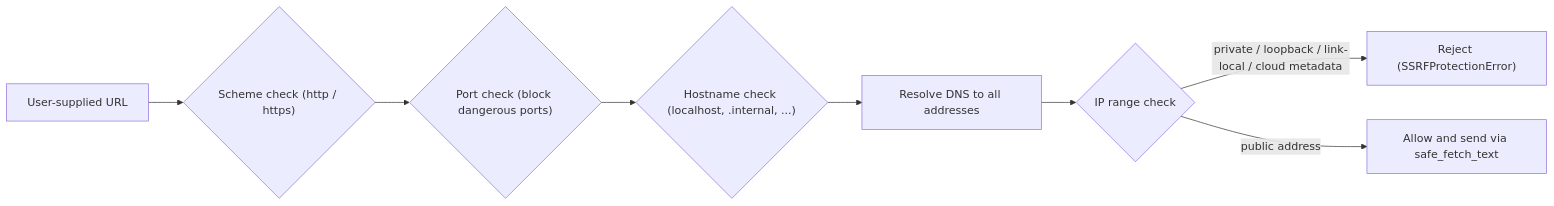
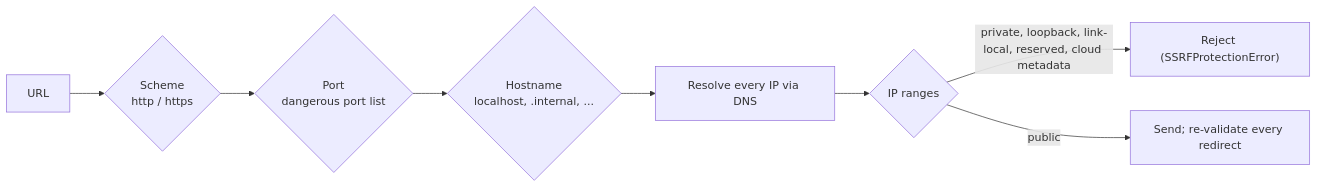
One commit to Scorpio-meow/AskMiao changed the ninth of 9 diagrams in docs/architecture_en.md. Above: the diagram before and after it, drawn with Mermaid. The commit also changed other lines of this file and 32 other files, not shown here.

````diff
--- a/docs/architecture_en.md
+++ b/docs/architecture_en.md
@@ -254,10 +511,10 @@
 ```mermaid
 flowchart LR
-    Input["User-supplied URL"] --> Scheme{"Scheme check (http / https)"}
-    Scheme --> Port{"Port check (block dangerous ports)"}
-    Port --> Host{"Hostname check (localhost, .internal, ...)"}
-    Host --> Resolve["Resolve DNS to all addresses"]
-    Resolve --> IPCheck{"IP range check"}
-    IPCheck -->|private / loopback / link-local / cloud metadata| Block["Reject (SSRFProtectionError)"]
-    IPCheck -->|public address| Allow["Allow and send via safe_fetch_text"]
+    Input["URL"] --> Scheme{"Scheme<br/>http / https"}
+    Scheme --> Port{"Port<br/>dangerous port list"}
+    Port --> Host{"Hostname<br/>localhost, .internal, ..."}
+    Host --> Resolve["Resolve every IP via DNS"]
+    Resolve --> IPCheck{"IP ranges"}
+    IPCheck -->|private, loopback, link-local, reserved, cloud metadata| Block["Reject (SSRFProtectionError)"]
+    IPCheck -->|public| Allow["Send; re-validate every redirect"]
 ```
````
